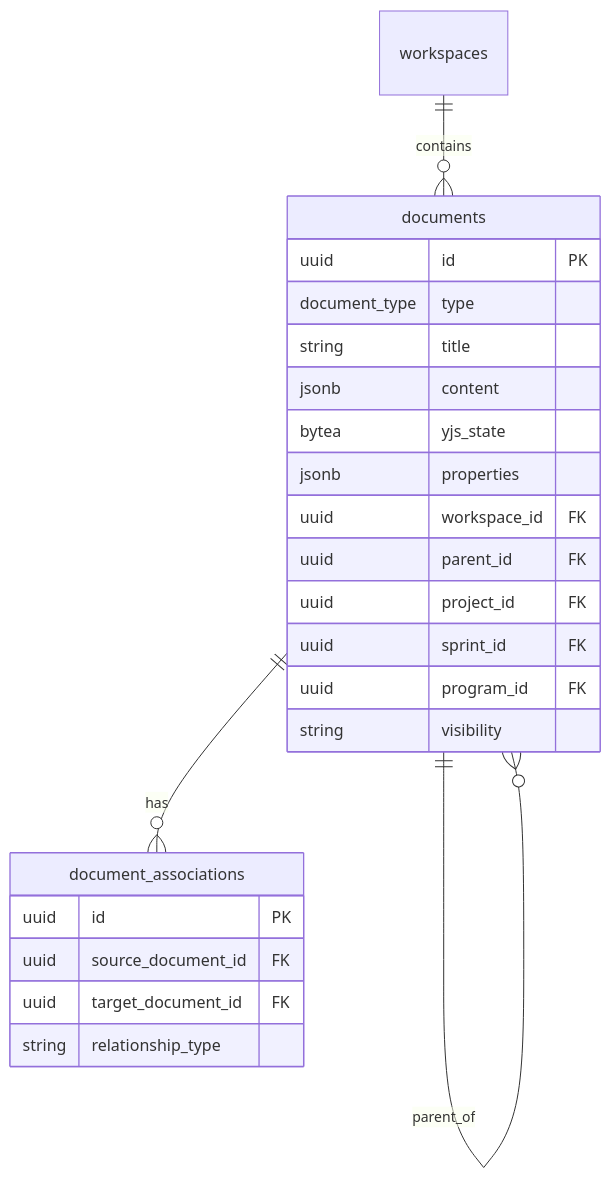
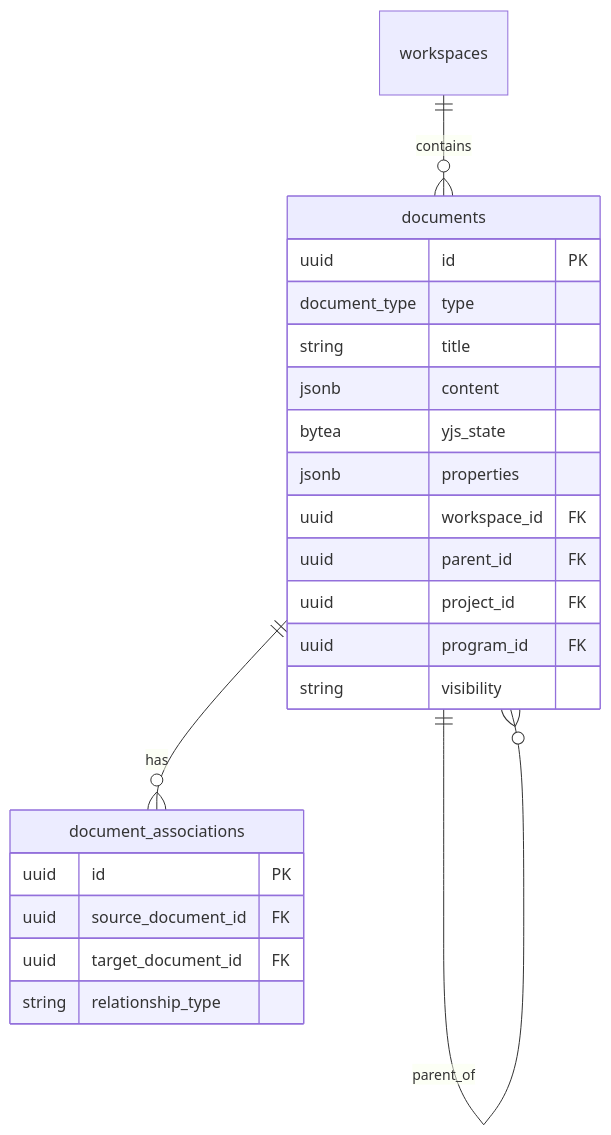
One commit to US-Department-of-the-Treasury/ship changed the fourth of 12 diagrams in docs/claude-reference/diagrams.md. Above: the diagram before and after it, drawn with Mermaid. The commit also changed 28 other files, not shown here.

````diff
--- a/docs/claude-reference/diagrams.md
+++ b/docs/claude-reference/diagrams.md
@@ -99,28 +99,27 @@
 ```mermaid
 erDiagram
     documents {
         uuid id PK
         document_type type
         string title
         jsonb content
         bytea yjs_state
         jsonb properties
         uuid workspace_id FK
         uuid parent_id FK
         uuid project_id FK
-        uuid sprint_id FK
         uuid program_id FK
         string visibility
     }
 
     workspaces ||--o{ documents : contains
     documents ||--o{ documents : parent_of
     documents ||--o{ document_associations : has
 
     document_associations {
         uuid id PK
         uuid source_document_id FK
         uuid target_document_id FK
         string relationship_type
     }
 ```
````
